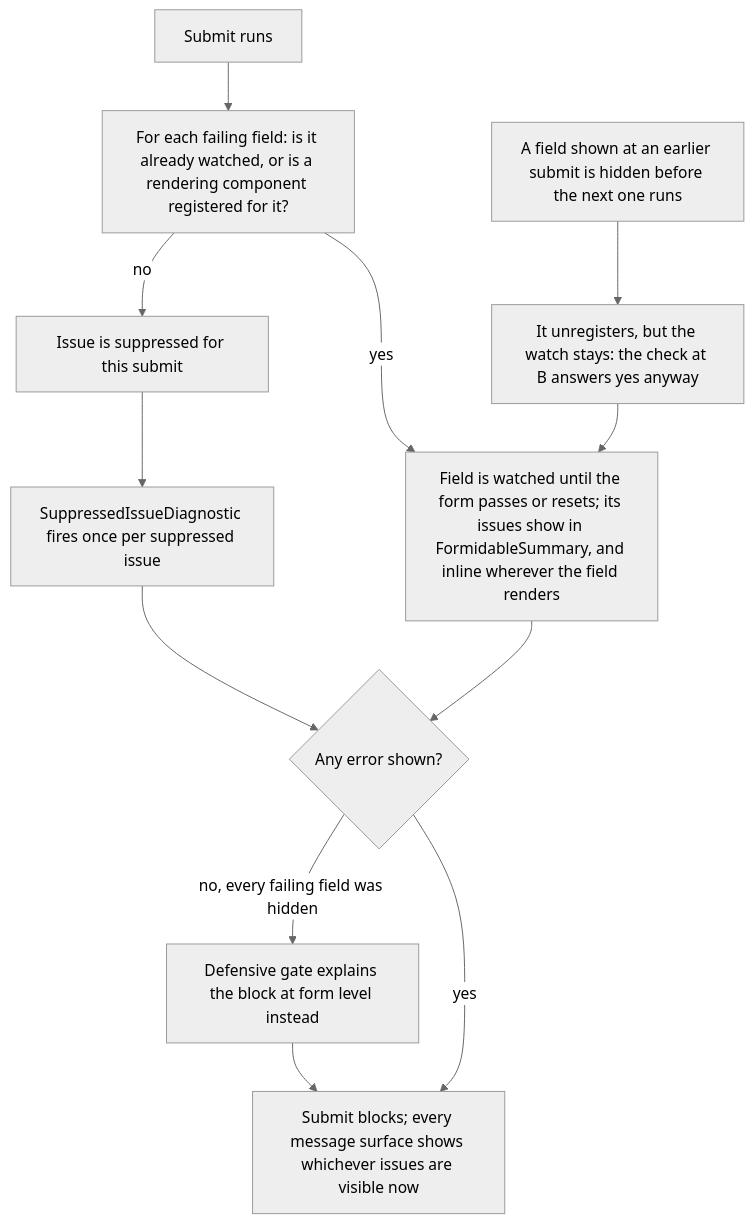
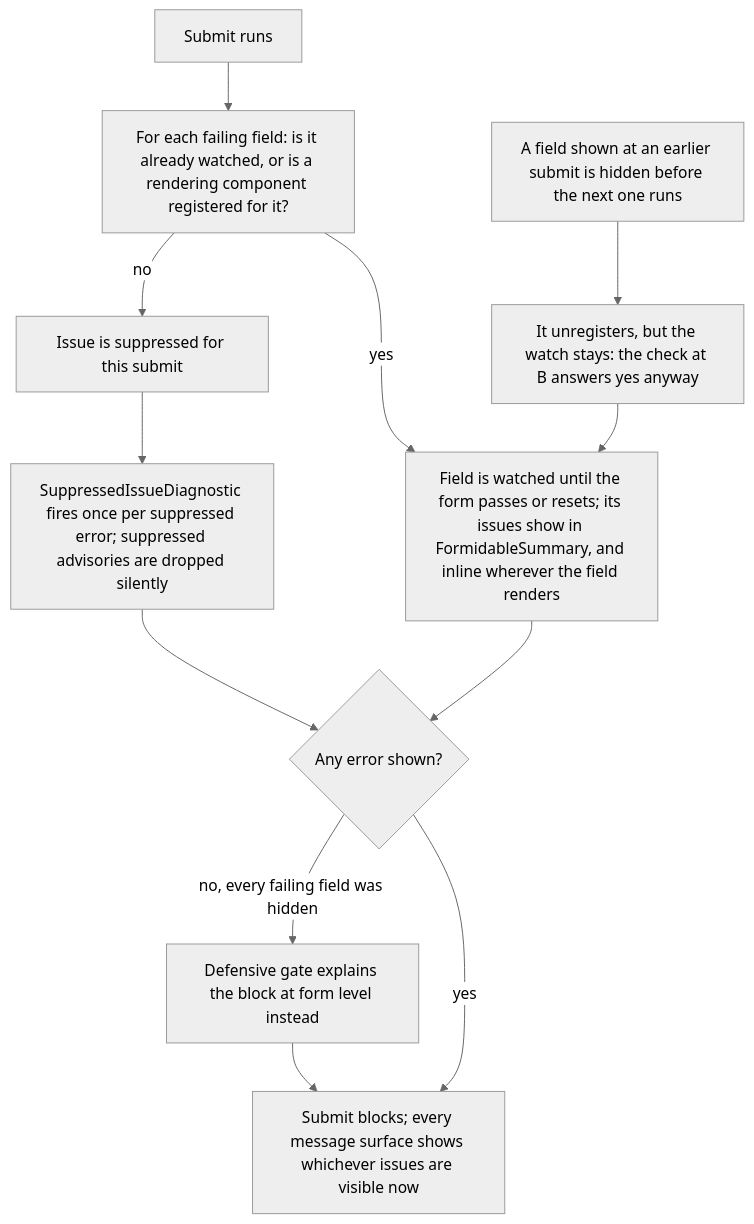
Before and after one commit to xfunc-pty-ltd/formidable: the diagram in docs/disclosure.md, drawn with Mermaid (neutral theme). The commit also changed other lines of this file and 45 other files, not shown here.

````diff
--- a/docs/disclosure.md
+++ b/docs/disclosure.md
@@ -113,16 +115,16 @@
 ```mermaid
 flowchart TD
     A["Submit runs"] --> B["For each failing field: is it already watched, or is a rendering component registered for it?"]
     B -- "yes" --> C["Field is watched until the form passes or resets; its issues show in FormidableSummary, and inline wherever the field renders"]
     B -- "no" --> D["Issue is suppressed for this submit"]
-    D --> E["SuppressedIssueDiagnostic fires once per suppressed issue"]
+    D --> E["SuppressedIssueDiagnostic fires once per suppressed error; suppressed advisories are dropped silently"]
 
     C --> F{"Any error shown?"}
     E --> F
     F -- "yes" --> G["Submit blocks; every message surface shows whichever issues are visible now"]
     F -- "no, every failing field was hidden" --> H["Defensive gate explains the block at form level instead"]
     H --> G
 
     I["A field shown at an earlier submit is hidden before the next one runs"] --> J["It unregisters, but the watch stays: the check at B answers yes anyway"]
     J --> C
 ```
````
